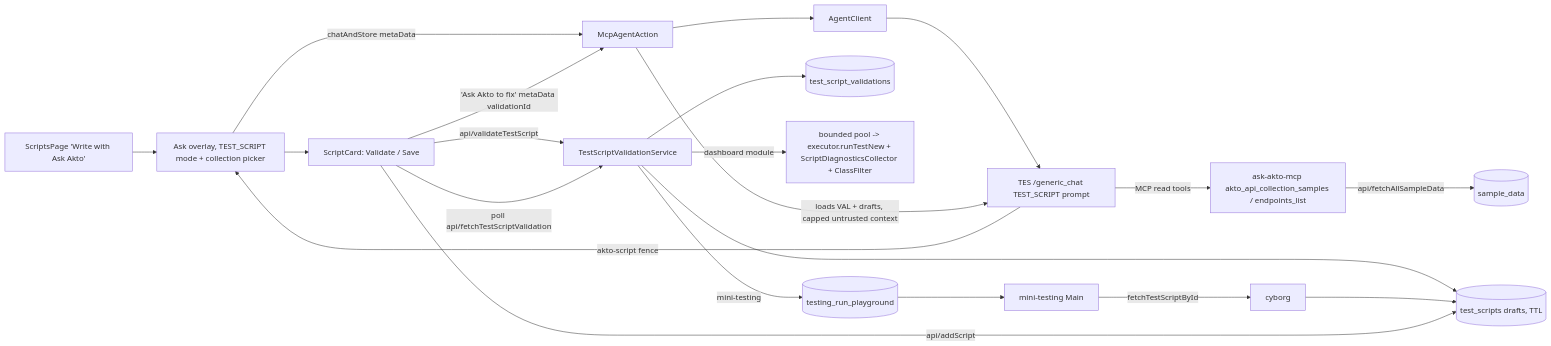
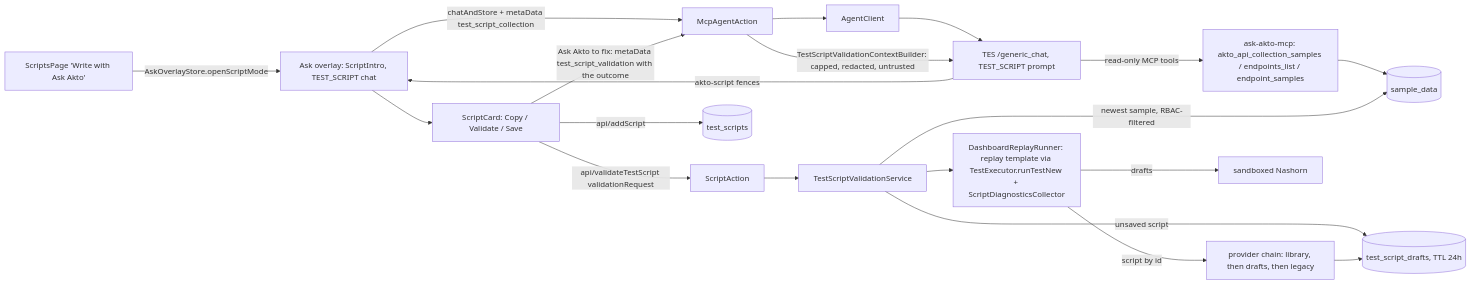
Before and after one commit to akto-api-security/akto: the diagram in apps/dashboard/src/main/java/com/akto/service/scripts/validation/CLAUDE.md, drawn with Mermaid. The commit also changed other lines of this file and 1 other file, not shown here.

Commit message:
Ask Akto script writer: feature docs for the reworked design

````diff
--- a/apps/dashboard/src/main/java/com/akto/service/scripts/validation/CLAUDE.md
+++ b/apps/dashboard/src/main/java/com/akto/service/scripts/validation/CLAUDE.md
@@ -27,15 +28,15 @@
 ```mermaid
 flowchart LR
-  SP[ScriptsPage 'Write with Ask Akto'] --> OV[Ask overlay, TEST_SCRIPT mode + collection picker]
-  OV -->|chatAndStore metaData| MA[McpAgentAction] --> AC[AgentClient] --> TES[TES /generic_chat TEST_SCRIPT prompt]
-  TES -->|MCP read tools| MCP[ask-akto-mcp akto_api_collection_samples / endpoints_list] -->|api/fetchAllSampleData| DB1[(sample_data)]
-  TES -->|akto-script fence| OV --> CARD[ScriptCard: Validate / Save]
-  CARD -->|api/validateTestScript| SV[TestScriptValidationService]
-  SV --> TS[(test_scripts drafts, TTL)]
-  SV --> VAL[(test_script_validations)]
-  SV -->|dashboard module| POOL[bounded pool -> executor.runTestNew + ScriptDiagnosticsCollector + ClassFilter]
-  SV -->|mini-testing| PG[(testing_run_playground)] --> MT[mini-testing Main] -->|fetchTestScriptById| CY[cyborg] --> TS
-  CARD -->|poll api/fetchTestScriptValidation| SV
-  CARD -->|'Ask Akto to fix' metaData validationId| MA -->|loads VAL + drafts, capped untrusted context| TES
-  CARD -->|api/addScript| TS
+  SP[ScriptsPage 'Write with Ask Akto'] -->|AskOverlayStore.openScriptMode| OV[Ask overlay: ScriptIntro, TEST_SCRIPT chat]
+  OV -->|chatAndStore + metaData test_script_collection| MA[McpAgentAction] --> AC[AgentClient] --> TES[TES /generic_chat, TEST_SCRIPT prompt]
+  TES -->|read-only MCP tools| MCP[ask-akto-mcp: akto_api_collection_samples / endpoints_list / endpoint_samples] --> DB1[(sample_data)]
+  TES -->|akto-script fences| OV --> CARD[ScriptCard: Copy / Validate / Save]
+  CARD -->|api/validateTestScript validationRequest| SA[ScriptAction] --> SV[TestScriptValidationService]
+  SV -->|unsaved script| TD[(test_script_drafts, TTL 24h)]
+  SV -->|newest sample, RBAC-filtered| DB1
+  SV --> RR[DashboardReplayRunner: replay template via TestExecutor.runTestNew + ScriptDiagnosticsCollector]
+  RR -->|script by id| CH[provider chain: library, then drafts, then legacy] --> TD
+  RR -->|drafts| SB[sandboxed Nashorn]
+  CARD -->|Ask Akto to fix: metaData test_script_validation with the outcome| MA -->|TestScriptValidationContextBuilder: capped, redacted, untrusted| TES
+  CARD -->|api/addScript| TS[(test_scripts)]
 ```
````
